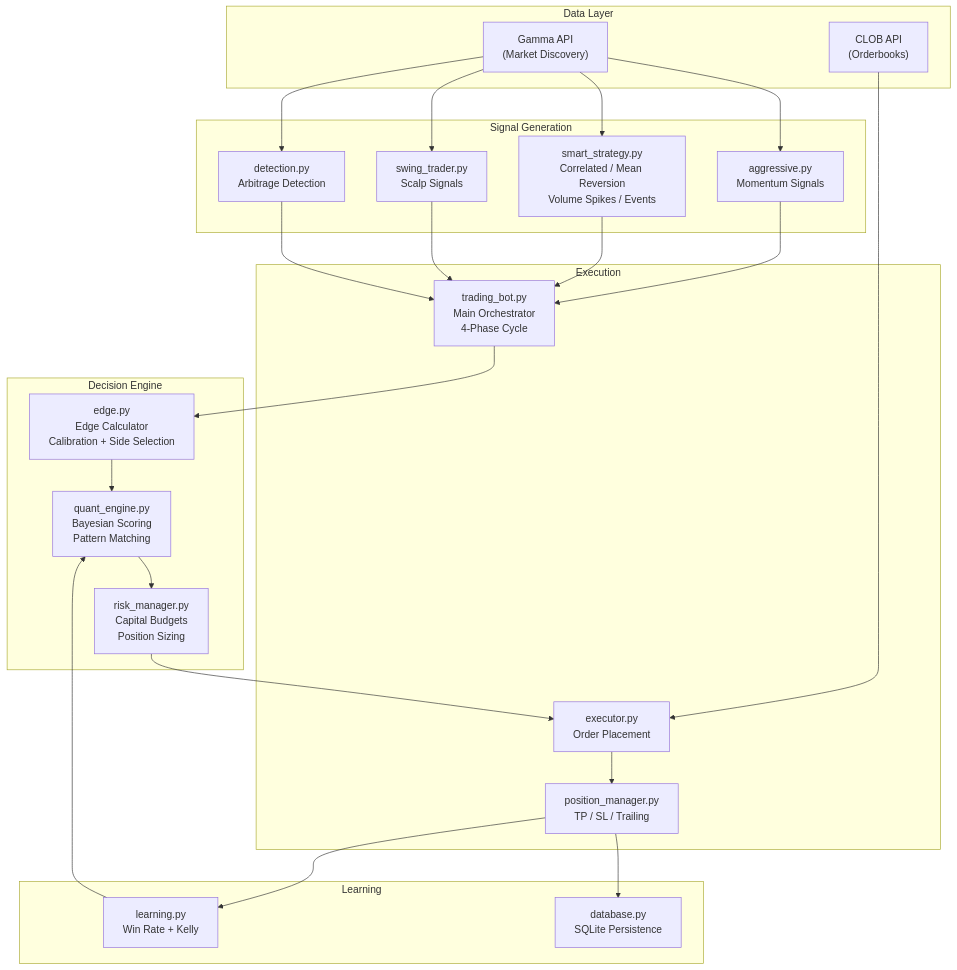
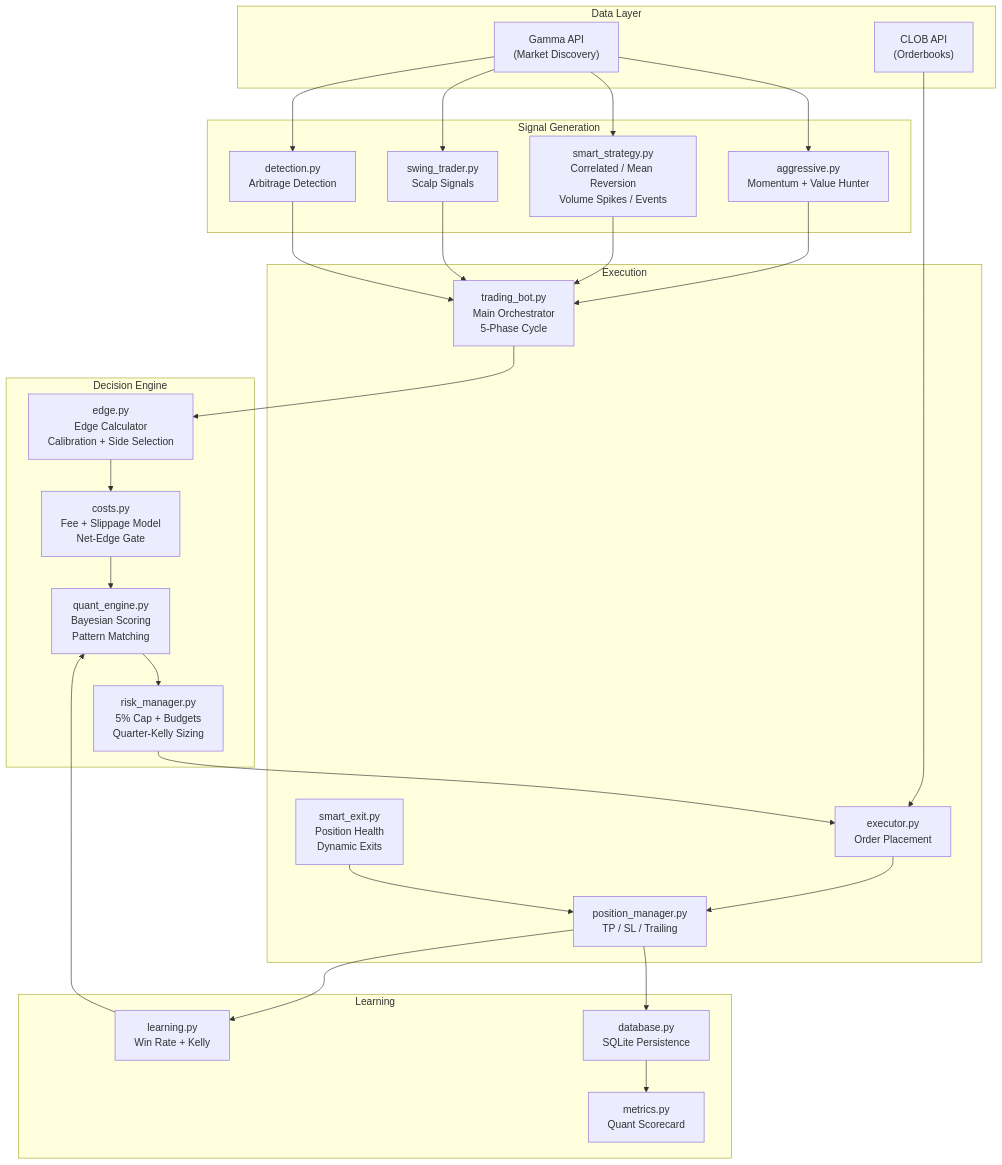
Before and after one commit to diegocrisafu/expense: the second of 5 diagrams in README.md, drawn with Mermaid. The commit also changed other lines of this file, not shown here.

````diff
--- a/README.md
+++ b/README.md
@@ -77,39 +99,44 @@
 ```mermaid
 graph TB
     subgraph "Data Layer"
         GAMMA["Gamma API<br/>(Market Discovery)"]
         CLOB["CLOB API<br/>(Orderbooks)"]
     end
 
     subgraph "Signal Generation"
-        AGG["aggressive.py<br/>Momentum Signals"]
+        AGG["aggressive.py<br/>Momentum + Value Hunter"]
         SMART["smart_strategy.py<br/>Correlated / Mean Reversion<br/>Volume Spikes / Events"]
         SWING["swing_trader.py<br/>Scalp Signals"]
         DET["detection.py<br/>Arbitrage Detection"]
     end
 
     subgraph "Decision Engine"
         EDGE["edge.py<br/>Edge Calculator<br/>Calibration + Side Selection"]
+        COSTS["costs.py<br/>Fee + Slippage Model<br/>Net-Edge Gate"]
         QUANT["quant_engine.py<br/>Bayesian Scoring<br/>Pattern Matching"]
-        RISK["risk_manager.py<br/>Capital Budgets<br/>Position Sizing"]
+        RISK["risk_manager.py<br/>5% Cap + Budgets<br/>Quarter-Kelly Sizing"]
     end
 
     subgraph "Execution"
-        BOT["trading_bot.py<br/>Main Orchestrator<br/>4-Phase Cycle"]
+        BOT["trading_bot.py<br/>Main Orchestrator<br/>5-Phase Cycle"]
         EXEC["executor.py<br/>Order Placement"]
         POS["position_manager.py<br/>TP / SL / Trailing"]
+        SX["smart_exit.py<br/>Position Health<br/>Dynamic Exits"]
     end
 
     subgraph "Learning"
         LEARN["learning.py<br/>Win Rate + Kelly"]
+        MET["metrics.py<br/>Quant Scorecard"]
         DB["database.py<br/>SQLite Persistence"]
     end
 
     GAMMA --> AGG & SMART & SWING & DET
     CLOB --> EXEC
     AGG & SMART & SWING & DET --> BOT
-    BOT --> EDGE --> QUANT --> RISK --> EXEC
+    BOT --> EDGE --> COSTS --> QUANT --> RISK --> EXEC
     EXEC --> POS --> DB
+    SX --> POS
     POS --> LEARN
     LEARN --> QUANT
+    DB --> MET
 ```
````
